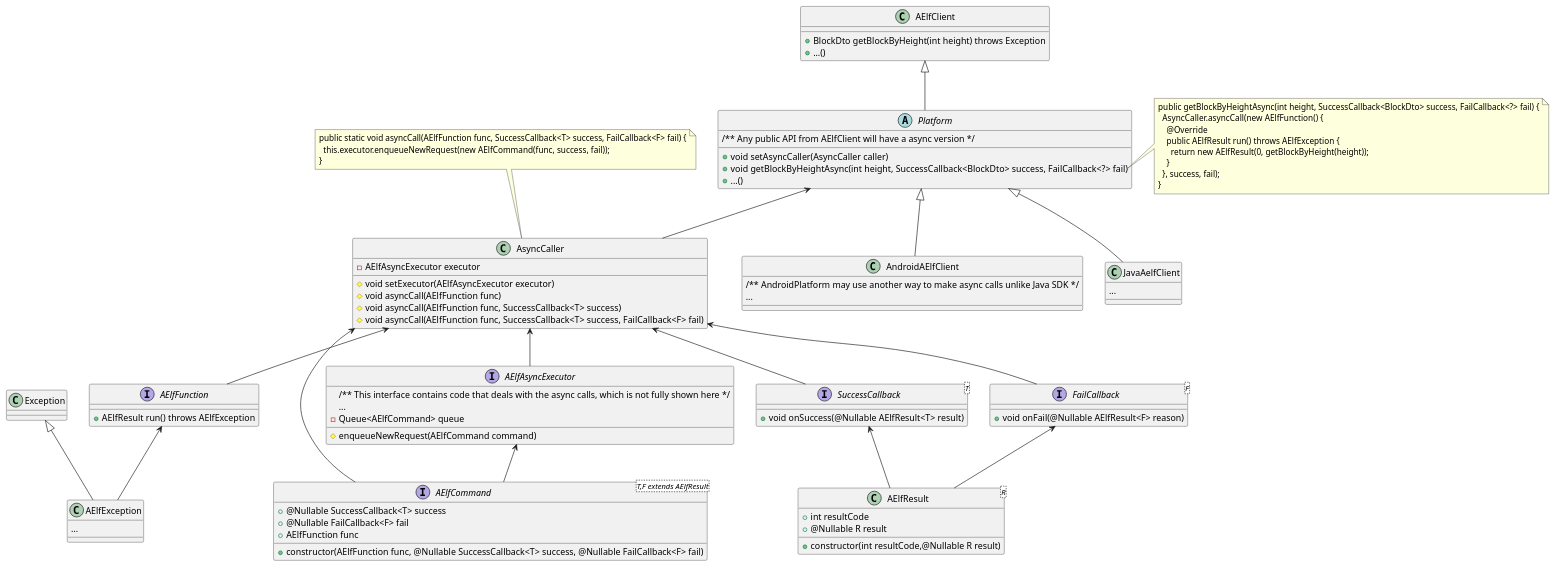
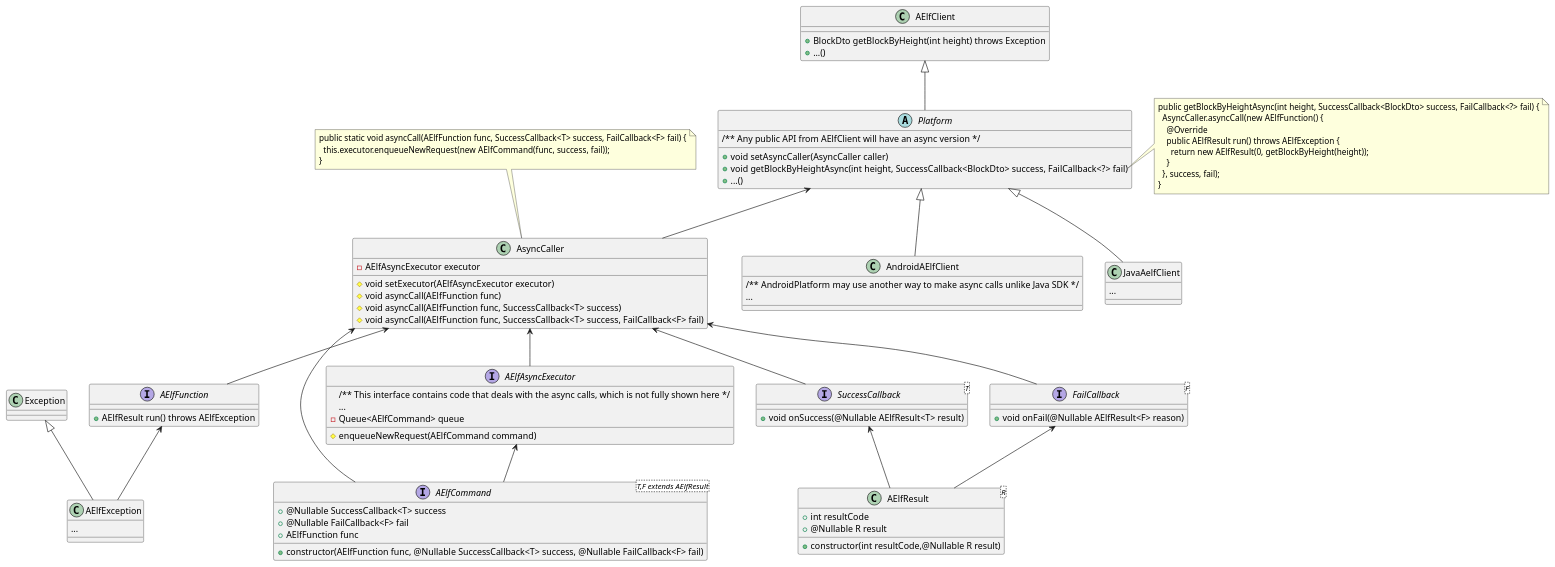
The diagram in refactor/xml/async-refactor.puml (AElfProject/aelf-sdk.java), drawn with PlantUML before and after one commit. The commit also changed 14 other files, not shown here.

```diff
--- a/refactor/xml/async-refactor.puml
+++ b/refactor/xml/async-refactor.puml
@@ -1,96 +1,96 @@
 @startuml async-refactor
 
 class AElfClient {
   + BlockDto getBlockByHeight(int height) throws Exception
     + ...()
 }
 
 class AndroidAElfClient extends Platform {
   /** AndroidPlatform may use another way to make async calls unlike Java SDK */
   ...
 }
 
 class JavaAelfClient extends Platform {
   ...
 }
 
 abstract class Platform extends AElfClient {
-  /** Any public API from AElfClient will have a async version */
+  /** Any public API from AElfClient will have an async version */
   + void setAsyncCaller(AsyncCaller caller)
   + void getBlockByHeightAsync(int height, SuccessCallback<BlockDto> success, FailCallback<?> fail)
   + ...()
 }
 
 class AsyncCaller {
   - AElfAsyncExecutor executor
   # void setExecutor(AElfAsyncExecutor executor)
   # void asyncCall(AElfFunction func)
   # void asyncCall(AElfFunction func, SuccessCallback<T> success)
   # void asyncCall(AElfFunction func, SuccessCallback<T> success, FailCallback<F> fail)
 }
 
 interface AElfCommand<T,F extends AElfResult> {
   + @Nullable SuccessCallback<T> success
   + @Nullable FailCallback<F> fail
   + AElfFunction func
   + constructor(AElfFunction func, @Nullable SuccessCallback<T> success, @Nullable FailCallback<F> fail)
 }
 
 interface AElfAsyncExecutor {
   # enqueueNewRequest(AElfCommand command)
   /** This interface contains code that deals with the async calls, which is not fully shown here */
   ...
   - Queue<AElfCommand> queue
 }
 
 interface AElfFunction {
   + AElfResult run() throws AElfException
 }
 
 class AElfException extends Exception {
   ...
 }
 
 class AElfResult<R> {
   + int resultCode
   + @Nullable R result
   + constructor(int resultCode,@Nullable R result)
 }
 
 interface SuccessCallback<T> {
   + void onSuccess(@Nullable AElfResult<T> result)
 }
 
 interface FailCallback<F> {
   + void onFail(@Nullable AElfResult<F> reason)
 }
 
 note right of Platform::getBlockByHeightAsync
   public getBlockByHeightAsync(int height, SuccessCallback<BlockDto> success, FailCallback<?> fail) {
     AsyncCaller.asyncCall(new AElfFunction() {
       @Override
       public AElfResult run() throws AElfException {
         return new AElfResult(0, getBlockByHeight(height));
       }
     }, success, fail);
   }
 end note
 
 note top of AsyncCaller
   public static void asyncCall(AElfFunction func, SuccessCallback<T> success, FailCallback<F> fail) {
     this.executor.enqueueNewRequest(new AElfCommand(func, success, fail));
   }
 end note
 
 Platform <-- AsyncCaller
 AsyncCaller <-- AElfFunction
 AElfFunction <-- AElfException
 AElfAsyncExecutor <-- AElfCommand
 SuccessCallback <-- AElfResult
 FailCallback <-- AElfResult
 AsyncCaller <-- AElfCommand
 AsyncCaller <-- AElfAsyncExecutor
 AsyncCaller <-- SuccessCallback
 AsyncCaller <-- FailCallback
 
 @enduml
```
